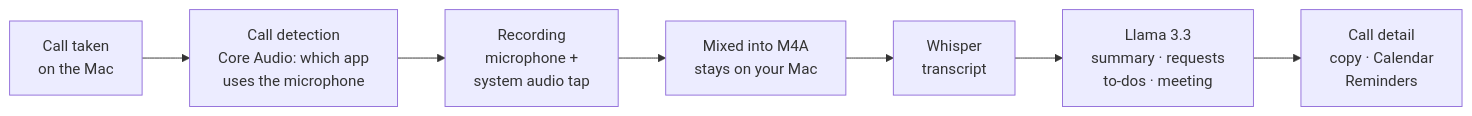
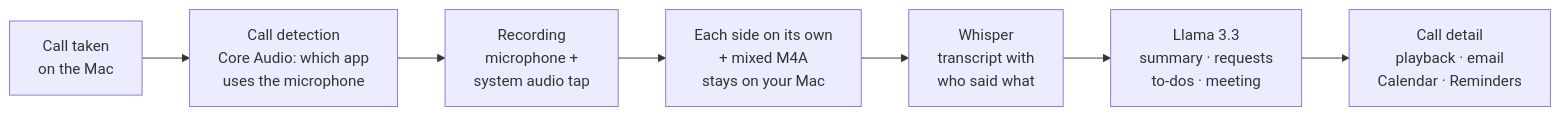
One commit to Thominho/BrumlikAI changed the diagram in README.md. Above: the diagram before and after it, drawn with Mermaid. The commit also changed other lines of this file and 34 other files, not shown here.

First line of the commit message:
Private calls, recap of the last call, who said what, playback and client emails

````diff
--- a/README.md
+++ b/README.md
@@ -86,9 +94,9 @@
 ```mermaid
 flowchart LR
     A["Call taken<br/>on the Mac"] --> B["Call detection<br/>Core Audio: which app<br/>uses the microphone"]
     B --> C["Recording<br/>microphone +<br/>system audio tap"]
-    C --> D["Mixed into M4A<br/>stays on your Mac"]
-    D --> E["Whisper<br/>transcript"]
+    C --> D["Each side on its own<br/>+ mixed M4A<br/>stays on your Mac"]
+    D --> E["Whisper<br/>transcript with<br/>who said what"]
     E --> F["Llama 3.3<br/>summary · requests<br/>to-dos · meeting"]
-    F --> G["Call detail<br/>copy · Calendar<br/>Reminders"]
+    F --> G["Call detail<br/>playback · email<br/>Calendar · Reminders"]
 ```
````
